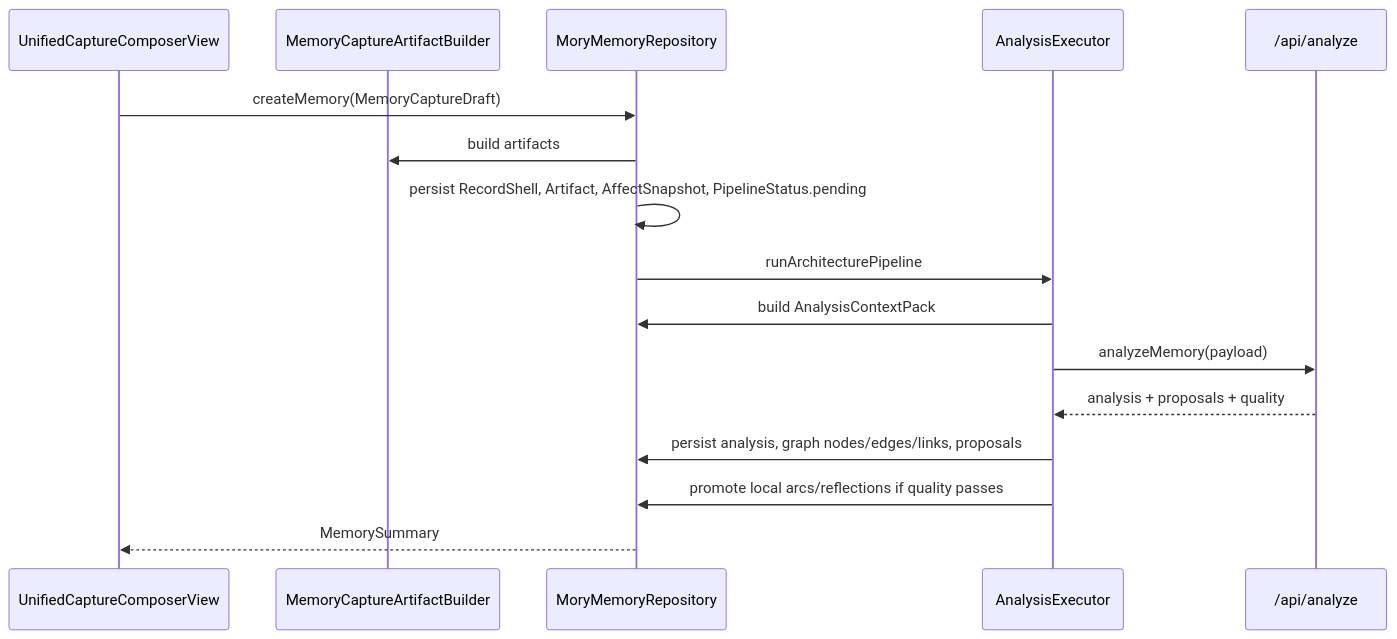
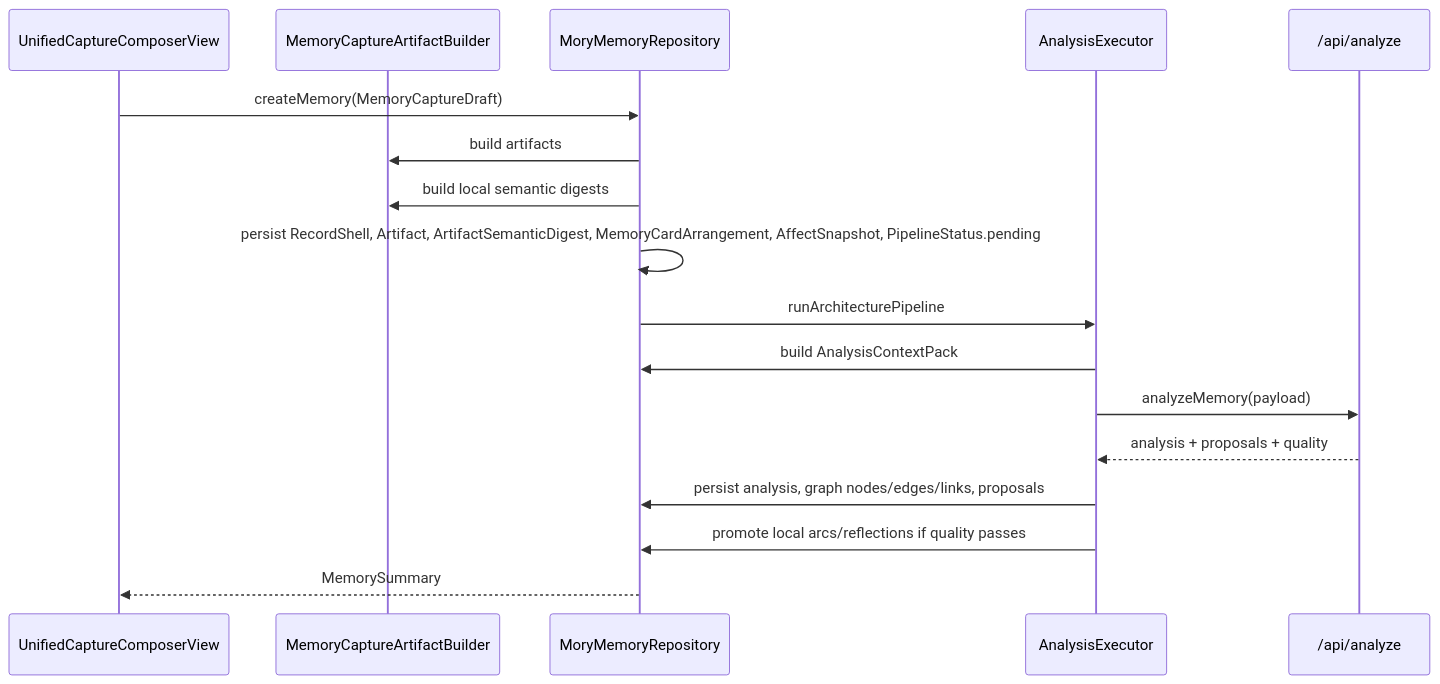
The third of 8 diagrams in docs/mory_architecture_handbook_2026_05/01_system_overview_and_runtime_flows.md (daaihang/sprout), drawn with Mermaid before and after one commit. The commit also changed other lines of this file and 3 other files, not shown here.

Commit message:
Document record fact architecture

````diff
--- a/docs/mory_architecture_handbook_2026_05/01_system_overview_and_runtime_flows.md
+++ b/docs/mory_architecture_handbook_2026_05/01_system_overview_and_runtime_flows.md
@@ -74,19 +74,20 @@
 ```mermaid
 sequenceDiagram
     participant UI as UnifiedCaptureComposerView
     participant Builder as MemoryCaptureArtifactBuilder
     participant Repo as MoryMemoryRepository
     participant Pipe as AnalysisExecutor
     participant Server as /api/analyze
 
     UI->>Repo: createMemory(MemoryCaptureDraft)
     Repo->>Builder: build artifacts
-    Repo->>Repo: persist RecordShell, Artifact, AffectSnapshot, PipelineStatus.pending
+    Repo->>Builder: build local semantic digests
+    Repo->>Repo: persist RecordShell, Artifact, ArtifactSemanticDigest, MemoryCardArrangement, AffectSnapshot, PipelineStatus.pending
     Repo->>Pipe: runArchitecturePipeline
     Pipe->>Repo: build AnalysisContextPack
     Pipe->>Server: analyzeMemory(payload)
     Server-->>Pipe: analysis + proposals + quality
     Pipe->>Repo: persist analysis, graph nodes/edges/links, proposals
     Pipe->>Repo: promote local arcs/reflections if quality passes
     Repo-->>UI: MemorySummary
 ```
````
